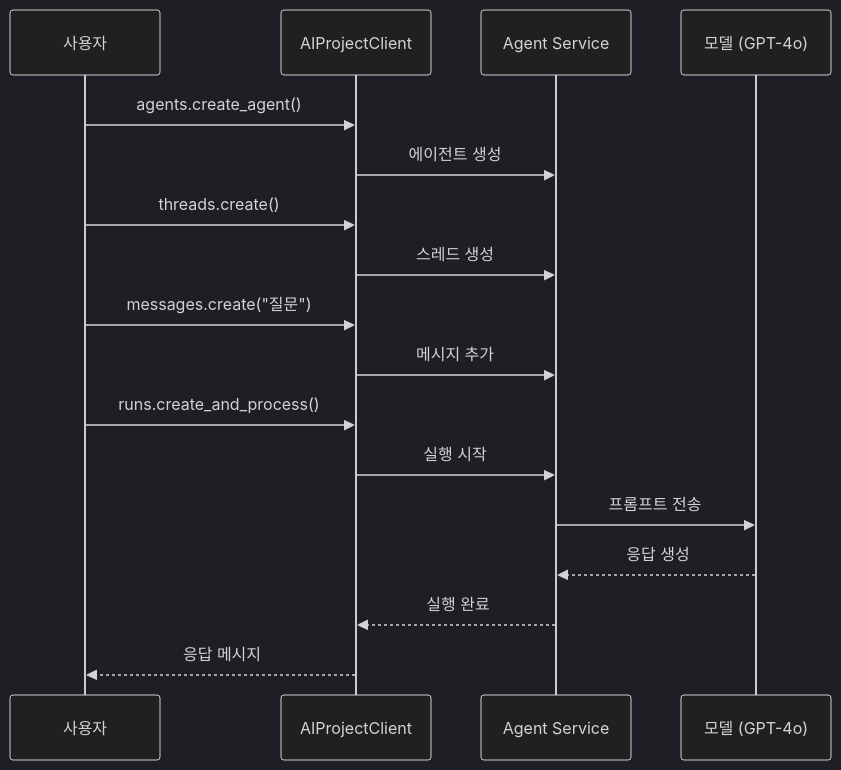
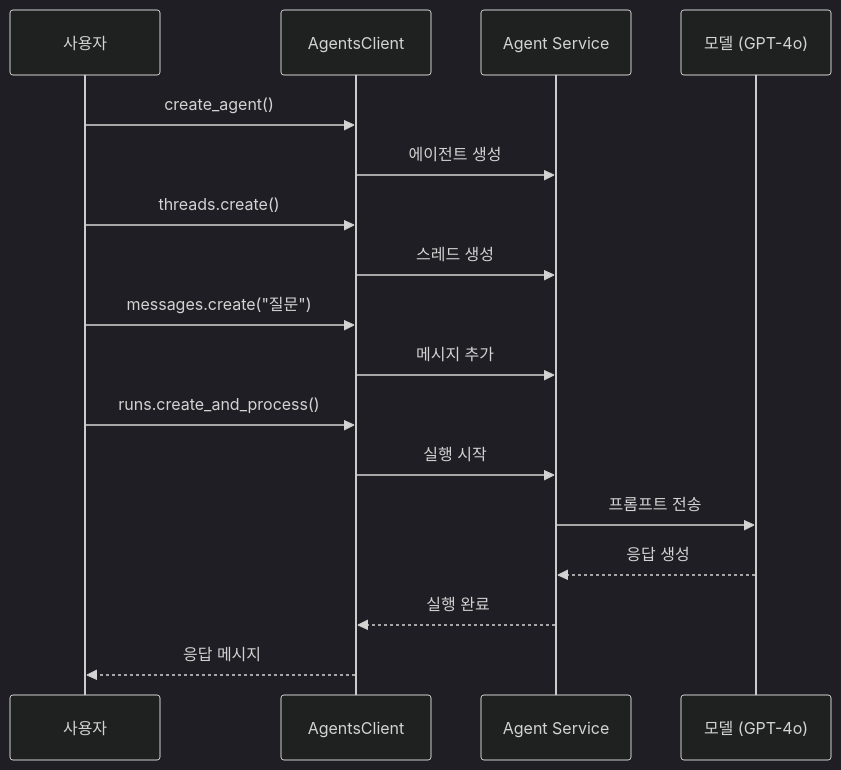
One commit to junwoojeong100/copilot-cli-foundry-agents changed the second of 5 diagrams in docs/architecture.md. Above: the diagram before and after it, drawn with Mermaid (dark theme). The commit also changed other lines of this file and 11 other files, not shown here.

````diff
--- a/docs/architecture.md
+++ b/docs/architecture.md
@@ -75,20 +75,20 @@
 ```mermaid
 sequenceDiagram
     participant U as 사용자
-    participant C as AIProjectClient
+    participant C as AgentsClient
     participant A as Agent Service
     participant M as 모델 (GPT-4o)
 
-    U->>C: agents.create_agent()
+    U->>C: create_agent()
     C->>A: 에이전트 생성
     U->>C: threads.create()
     C->>A: 스레드 생성
     U->>C: messages.create("질문")
     C->>A: 메시지 추가
     U->>C: runs.create_and_process()
     C->>A: 실행 시작
     A->>M: 프롬프트 전송
     M-->>A: 응답 생성
     A-->>C: 실행 완료
     C-->>U: 응답 메시지
 ```
````
